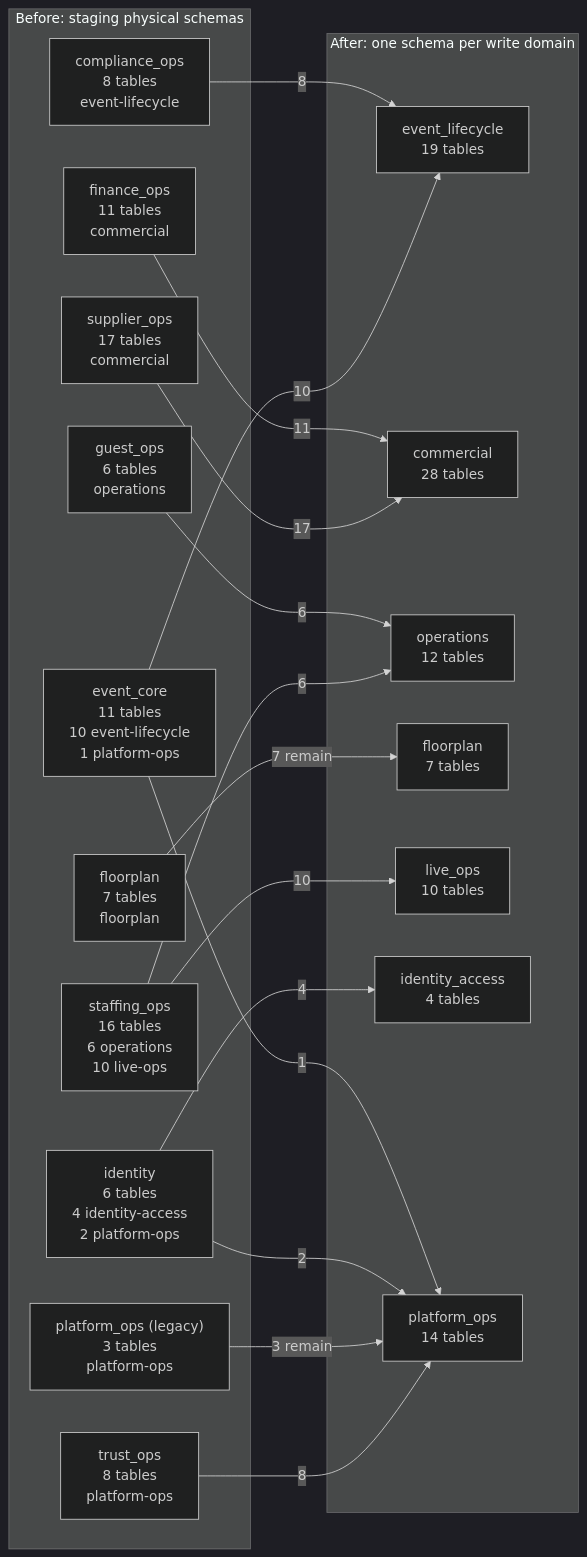
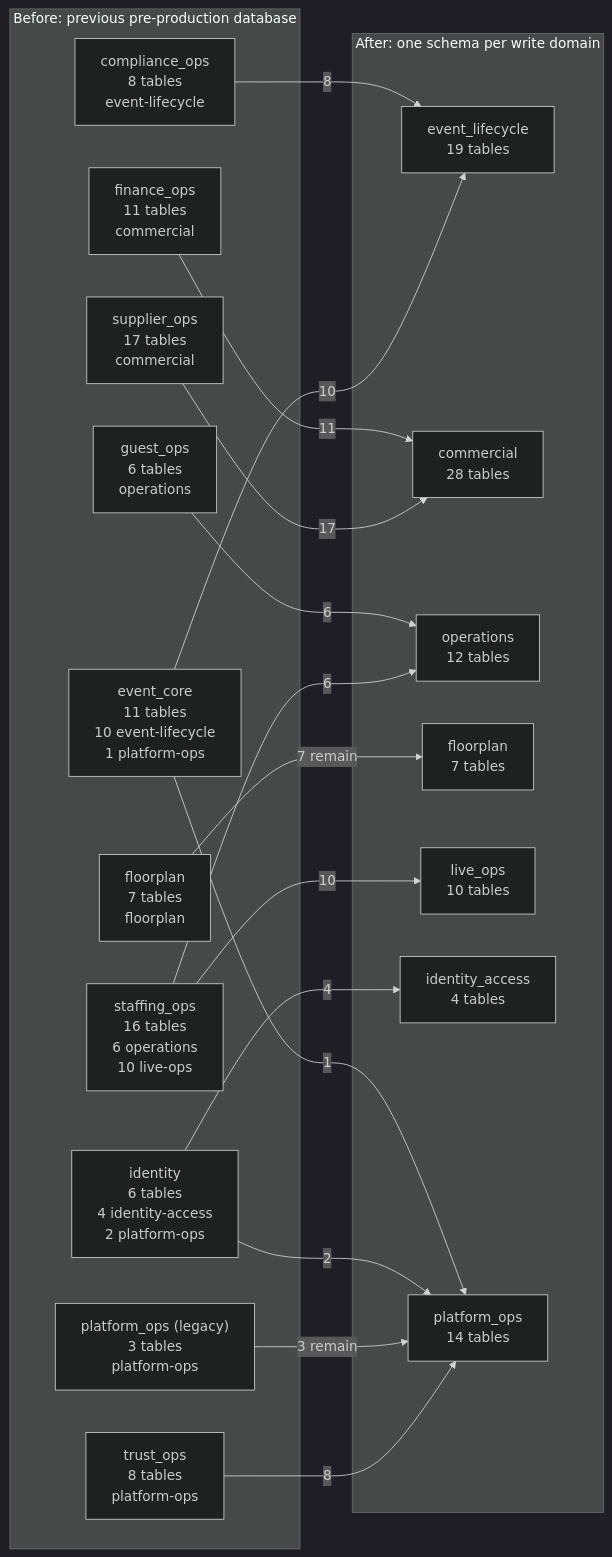
Before and after one commit to The-Team-CG/prism: the diagram in docs/architecture/domain-schema-map.md, drawn with Mermaid (dark theme). The commit also changed other lines of this file and 125 other files, not shown here.

````diff
--- a/docs/architecture/domain-schema-map.md
+++ b/docs/architecture/domain-schema-map.md
@@ -50,39 +49,39 @@
 ```mermaid
 flowchart LR
-  subgraph Before["Before: staging physical schemas"]
+  subgraph Before["Before: previous pre-production database"]
     c_ops["compliance_ops<br/>8 tables<br/>event-lifecycle"]
     e_core["event_core<br/>11 tables<br/>10 event-lifecycle<br/>1 platform-ops"]
     f_ops["finance_ops<br/>11 tables<br/>commercial"]
     f_plan["floorplan<br/>7 tables<br/>floorplan"]
     g_ops["guest_ops<br/>6 tables<br/>operations"]
     ident["identity<br/>6 tables<br/>4 identity-access<br/>2 platform-ops"]
     p_ops["platform_ops (legacy)<br/>3 tables<br/>platform-ops"]
     staff["staffing_ops<br/>16 tables<br/>6 operations<br/>10 live-ops"]
     s_ops["supplier_ops<br/>17 tables<br/>commercial"]
     trust["trust_ops<br/>8 tables<br/>platform-ops"]
   end
 
   subgraph After["After: one schema per write domain"]
     lifecycle["event_lifecycle<br/>19 tables"]
     commercial["commercial<br/>28 tables"]
     operations["operations<br/>12 tables"]
     floorplan["floorplan<br/>7 tables"]
     liveops["live_ops<br/>10 tables"]
     identityaccess["identity_access<br/>4 tables"]
     platform["platform_ops<br/>14 tables"]
   end
 
   c_ops -->|8| lifecycle
   e_core -->|10| lifecycle
   e_core -->|1| platform
   f_ops -->|11| commercial
   f_plan -->|7 remain| floorplan
   g_ops -->|6| operations
   ident -->|4| identityaccess
   ident -->|2| platform
   p_ops -->|3 remain| platform
   staff -->|6| operations
   staff -->|10| liveops
   s_ops -->|17| commercial
   trust -->|8| platform
 ```
````
